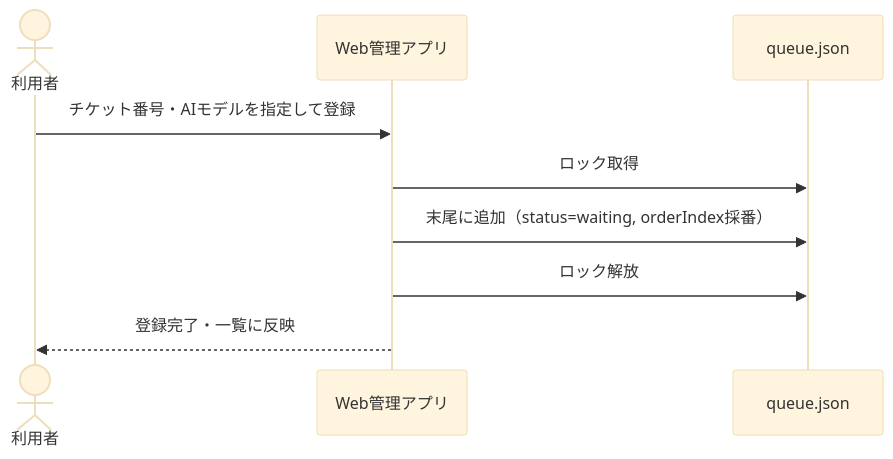
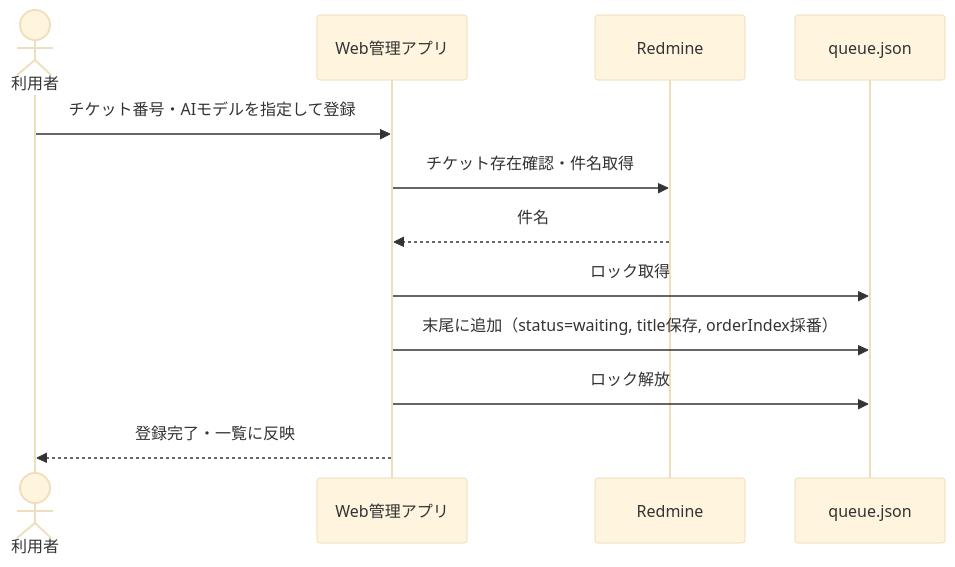
The first of 9 diagrams in docs/design/sequence.md (theta1211/Lychee-redmine-loop-engineering-), drawn with Mermaid (base theme) before and after one commit. The commit also changed other lines of this file and 5 other files, not shown here.

````diff
--- a/docs/design/sequence.md
+++ b/docs/design/sequence.md
@@ -4,12 +4,15 @@
 ```mermaid
 sequenceDiagram
     actor U as 利用者
     participant W as Web管理アプリ
+    participant R as Redmine
     participant Q as queue.json
 
     U->>W: チケット番号・AIモデルを指定して登録
+    W->>R: チケット存在確認・件名取得
+    R-->>W: 件名
     W->>Q: ロック取得
-    W->>Q: 末尾に追加（status=waiting, orderIndex採番）
+    W->>Q: 末尾に追加（status=waiting, title保存, orderIndex採番）
     W->>Q: ロック解放
     W-->>U: 登録完了・一覧に反映
 ```
````
